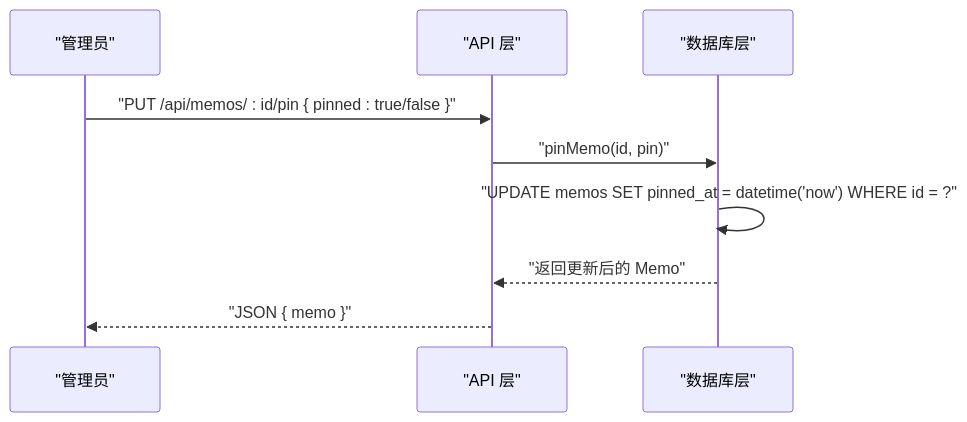
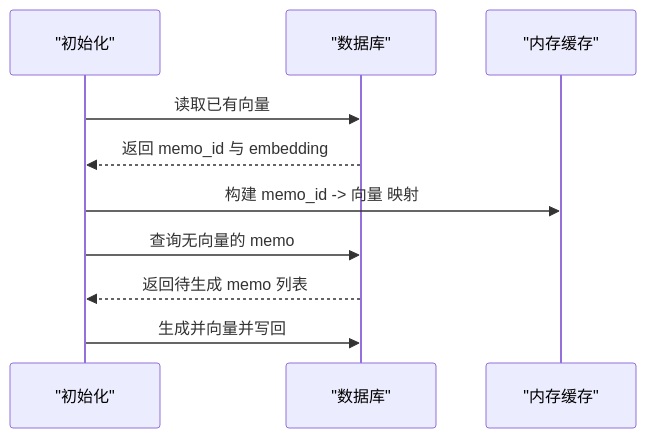
The fifth of 6 diagrams in .qoder/repowiki/zh/content/数据库设计.md (BlackBoxRecorder/memos), drawn with Mermaid before and after one commit. The commit also changed other lines of this file and 83 other files, not shown here.

````diff
--- a/.qoder/repowiki/zh/content/数据库设计.md
+++ b/.qoder/repowiki/zh/content/数据库设计.md
@@ -350,11 +221,12 @@
 ```mermaid
 sequenceDiagram
-participant Admin as "管理员"
-participant API as "API 层"
-participant DB as "数据库层"
-Admin->>API : "PUT /api/memos/ : id/pin { pinned : true/false }"
-API->>DB : "pinMemo(id, pin)"
-DB->>DB : "UPDATE memos SET pinned_at = datetime('now') WHERE id = ?"
-DB-->>API : "返回更新后的 Memo"
-API-->>Admin : "JSON { memo }"
+participant Init as "初始化"
+participant DB as "数据库"
+participant Cache as "内存缓存"
+Init->>DB : 读取已有向量
+DB-->>Init : 返回 memo_id 与 embedding
+Init->>Cache : 构建 memo_id -> 向量 映射
+Init->>DB : 查询无向量的 memo
+DB-->>Init : 返回待生成 memo 列表
+Init->>DB : 生成并向量并写回
 ```
````
